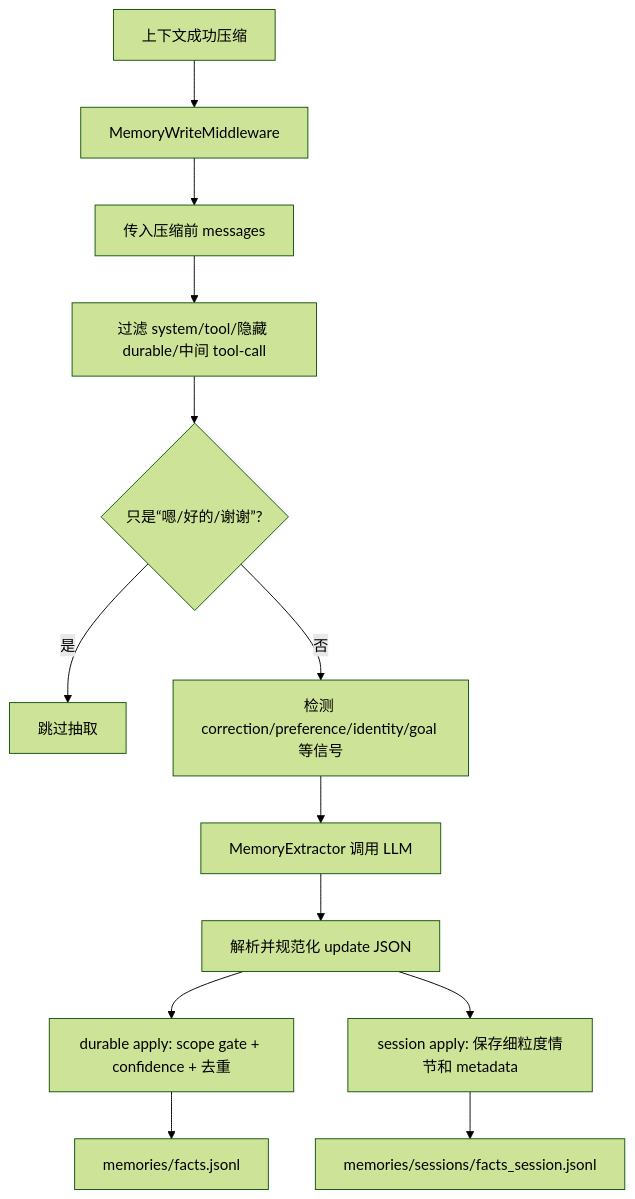
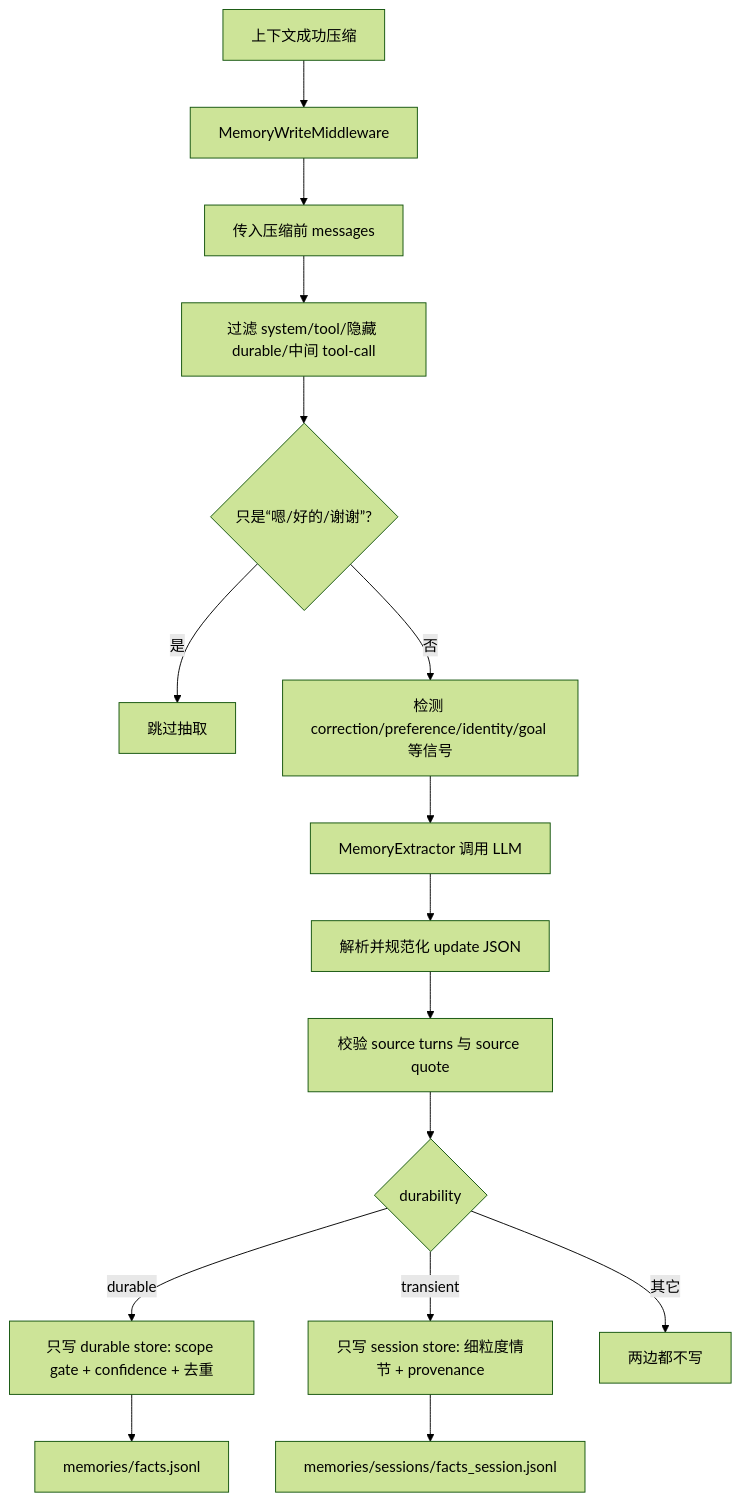
One commit to littlefishshow/R-Agent changed the diagram in docs/04_Memory系统.md. Above: the diagram before and after it, drawn with Mermaid (forest theme). The commit also changed other lines of this file and 29 other files, not shown here.

````diff
--- a/docs/04_Memory系统.md
+++ b/docs/04_Memory系统.md
@@ -69,15 +70,18 @@
 ```mermaid
 flowchart TD
     C[上下文成功压缩] --> MW[MemoryWriteMiddleware]
     MW --> B[传入压缩前 messages]
     B --> F[过滤 system/tool/隐藏 durable/中间 tool-call]
     F --> T{只是“嗯/好的/谢谢”?}
     T -- 是 --> SKIP[跳过抽取]
     T -- 否 --> S[检测 correction/preference/identity/goal 等信号]
     S --> L[MemoryExtractor 调用 LLM]
     L --> P[解析并规范化 update JSON]
-    P --> D[durable apply: scope gate + confidence + 去重]
-    P --> E[session apply: 保存细粒度情节和 metadata]
+    P --> V[校验 source turns 与 source quote]
+    V --> R{durability}
+    R -- durable --> D[只写 durable store: scope gate + confidence + 去重]
+    R -- transient --> E[只写 session store: 细粒度情节 + provenance]
+    R -- 其它 --> SKIP2[两边都不写]
     D --> J[memories/facts.jsonl]
     E --> SJ[memories/sessions/facts_session.jsonl]
 ```
````
